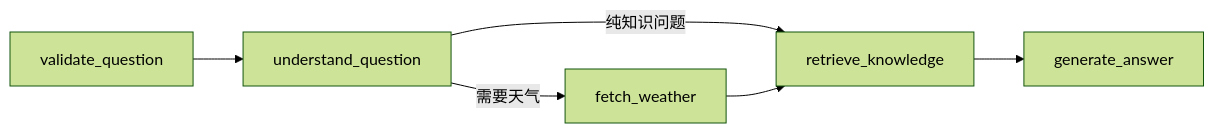
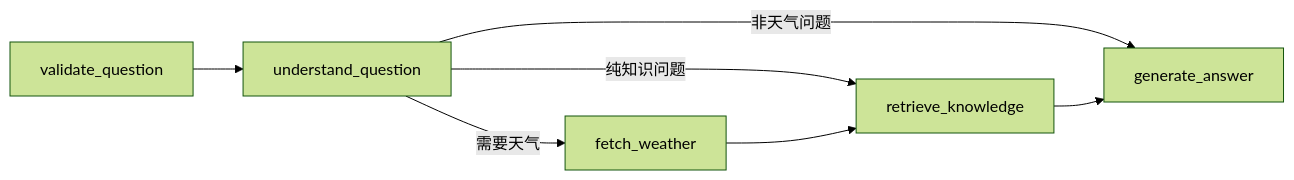
Before and after one commit to lhhcm/weather-rag-assistant: the diagram in README.md, drawn with Mermaid (forest theme). The commit also changed other lines of this file and 5 other files, not shown here.

````diff
--- a/README.md
+++ b/README.md
@@ -113,8 +114,9 @@
 ```mermaid
 flowchart LR
     A["validate_question"] --> B["understand_question"]
     B -->|"需要天气"| C["fetch_weather"]
     B -->|"纯知识问题"| D["retrieve_knowledge"]
+    B -->|"非天气问题"| E["generate_answer"]
     C --> D
     D --> E["generate_answer"]
 ```
````
